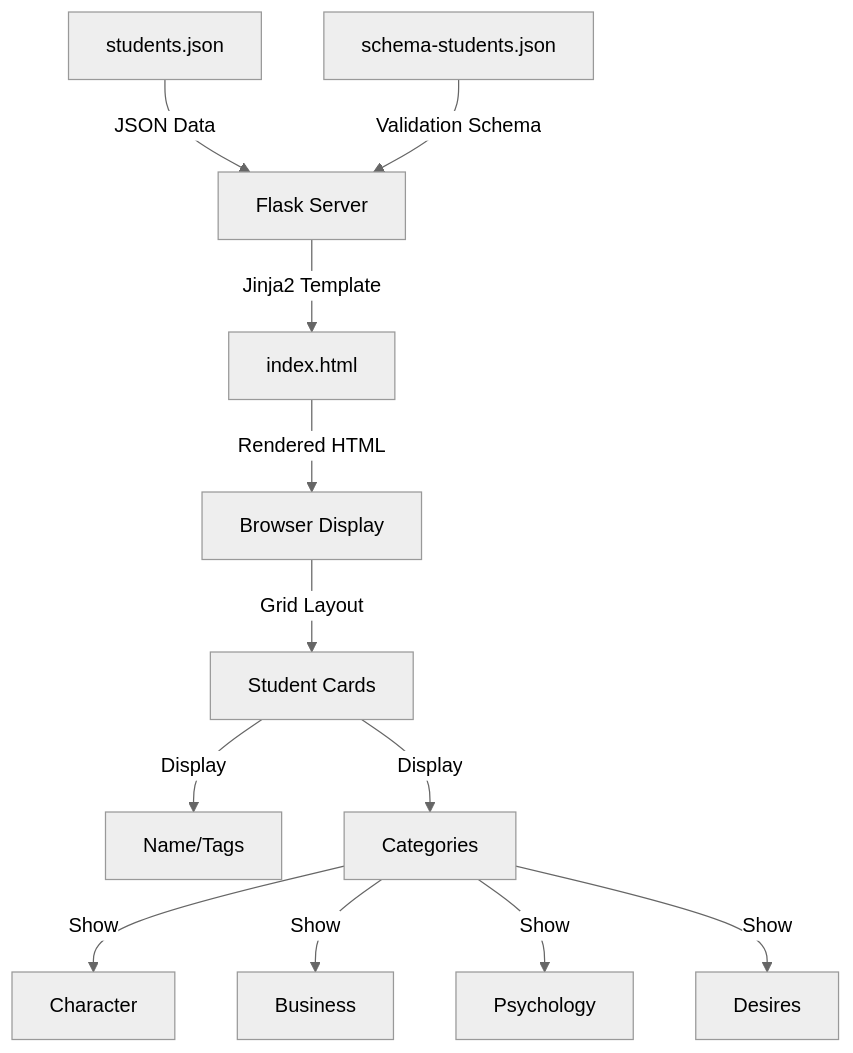
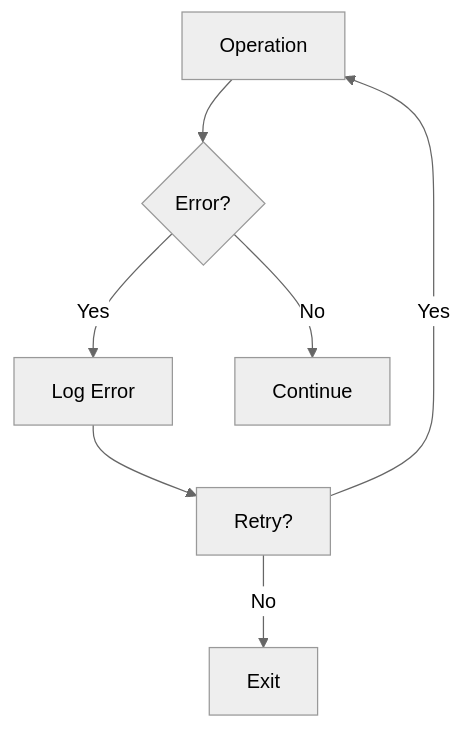
The third of 3 diagrams in cline_docs/readme.md (pleabargain/student-grid-builder), drawn with Mermaid (neutral theme) before and after one commit. The commit also changed other lines of this file and 12 other files, not shown here.

````diff
--- a/cline_docs/readme.md
+++ b/cline_docs/readme.md
@@ -33,14 +36,9 @@
 ```mermaid
 graph TD
-    A[students.json] -->|JSON Data| B[Flask Server]
-    C[schema-students.json] -->|Validation Schema| B
-    B -->|Jinja2 Template| D[index.html]
-    D -->|Rendered HTML| E[Browser Display]
-    E -->|Grid Layout| F[Student Cards]
-    F -->|Display| G[Name/Tags]
-    F -->|Display| H[Categories]
-    H -->|Show| I[Character]
-    H -->|Show| J[Business]
-    H -->|Show| K[Psychology]
-    H -->|Show| L[Desires]
+    A[Operation] --> B{Error?}
+    B -->|Yes| C[Log Error]
+    C --> D[Retry?]
+    D -->|Yes| A
+    D -->|No| E[Exit]
+    B -->|No| F[Continue]
 ```
````
